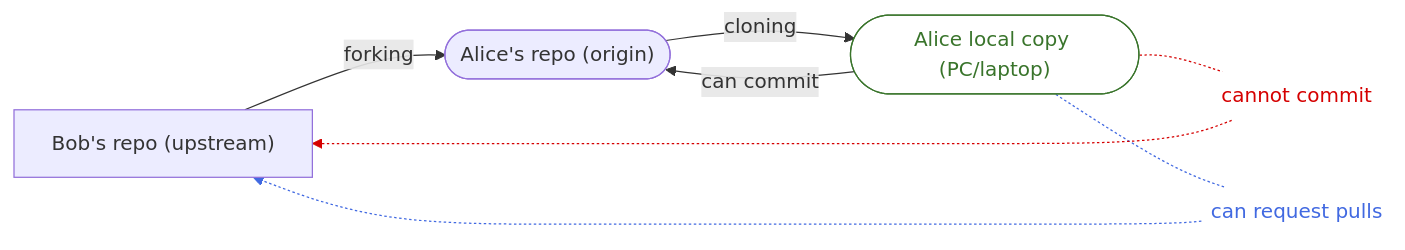
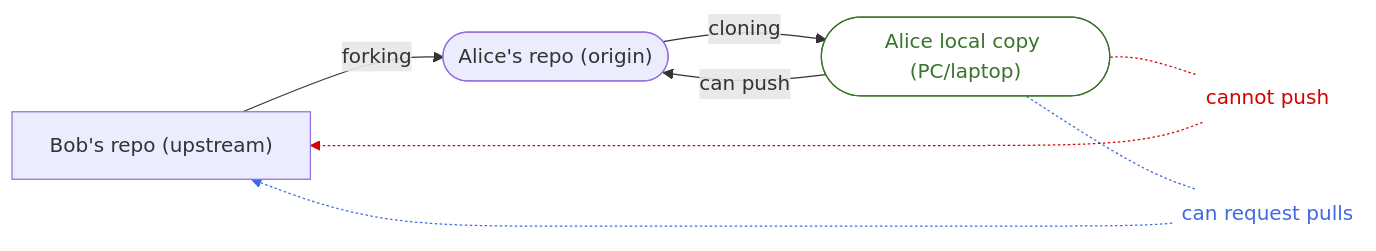
The second of 3 diagrams in docs/remotes.md (hpc2n/course-intro-git), drawn with Mermaid before and after one commit. The commit also changed other lines of this file, not shown here.

Commit message:
Remotes: repository from scratch

````diff
--- a/docs/remotes.md
+++ b/docs/remotes.md
@@ -341,24 +341,24 @@
 ```mermaid
 graph LR
   bob["Bob's repo (upstream)"] 
   alicef(["Alice's repo (origin)"])
   alicel(["Alice local copy (PC/laptop)"]) 
   style alicel fill:#ffffff,stroke:#39742b,color:#39742b
 
   alicef --> |cloning| alicel
-  alicel --> |can commit| alicef
+  alicel --> |can push| alicef
   bob --> |forking| alicef
-  alicel -.- n1["cannot commit"]
+  alicel -.- n1["cannot push"]
   alicel -.- n2["can request pulls"]
   n1 -.-> bob
   n2 -.-> bob 
 
   n1@{ shape: text}
   n2@{ shape: text}
   style n1 color:#D50000
   style n2 color:#4169E1
   linkStyle 3 stroke:#D50000,fill:none
   linkStyle 4 stroke:#4169E1,fill:none
   linkStyle 5 stroke:#D50000,fill:none
   linkStyle 6 stroke:#4169E1,fill:none
 ```
````
